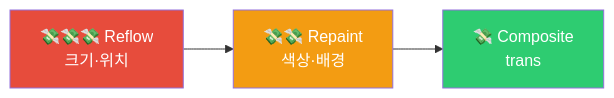
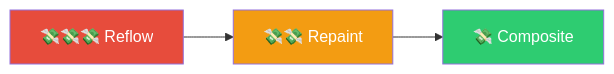
One commit to yjkim2015/yjkim2015.github.io changed the sixth of 8 diagrams in _posts/frontend/2026-05-01-browser-rendering.md. Above: the diagram before and after it, drawn with Mermaid. The commit also changed other lines of this file and 217 other files, not shown here.

First line of the commit message:
Mermaid 크기 수정: useMaxWidth:true + SVG max-width:100% + 라벨 축소

````diff
--- a/_posts/frontend/2026-05-01-browser-rendering.md
+++ b/_posts/frontend/2026-05-01-browser-rendering.md
@@ -284,7 +284,7 @@
 ```mermaid
 graph LR
-    A["💸💸💸 Reflow\n크기·위치"] --> B["💸💸 Repaint\n색상·배경"] --> C["💸 Composite\ntrans"]
+    A["💸💸💸 Reflow"] --> B["💸💸 Repaint"] --> C["💸 Composite"]
     style A fill:#e74c3c,color:#fff
     style B fill:#f39c12,color:#fff
     style C fill:#2ecc71,color:#fff
 ```
````
